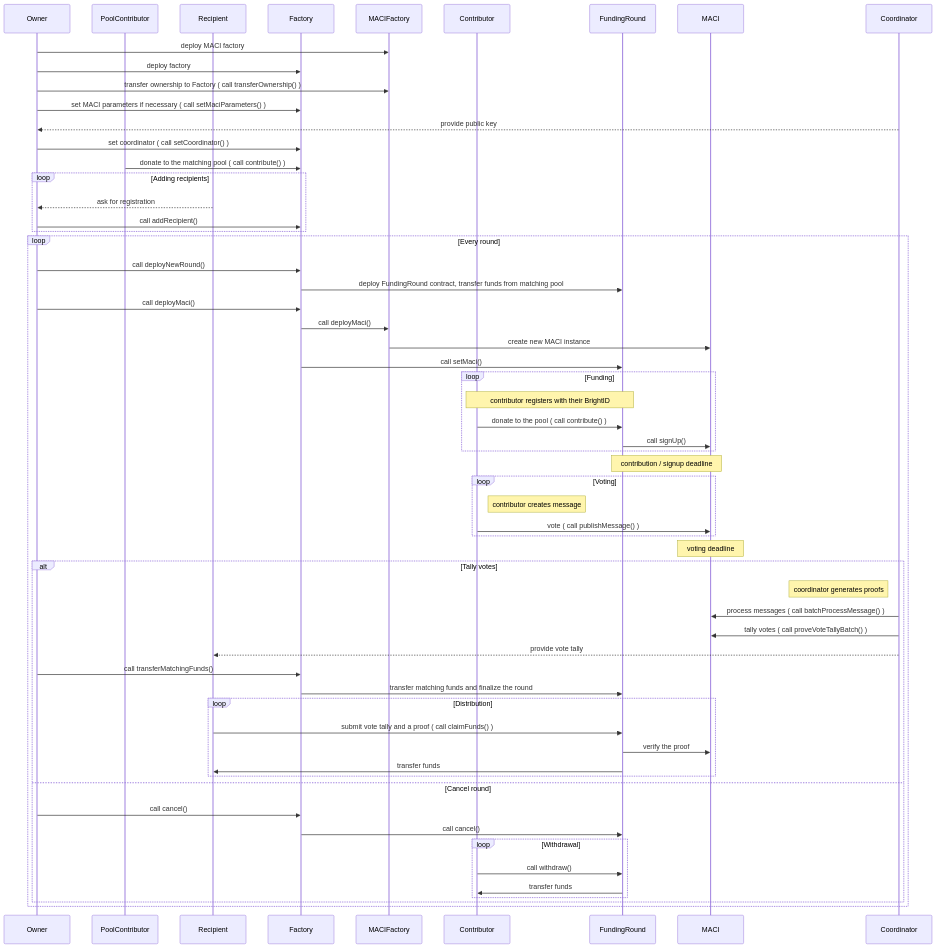
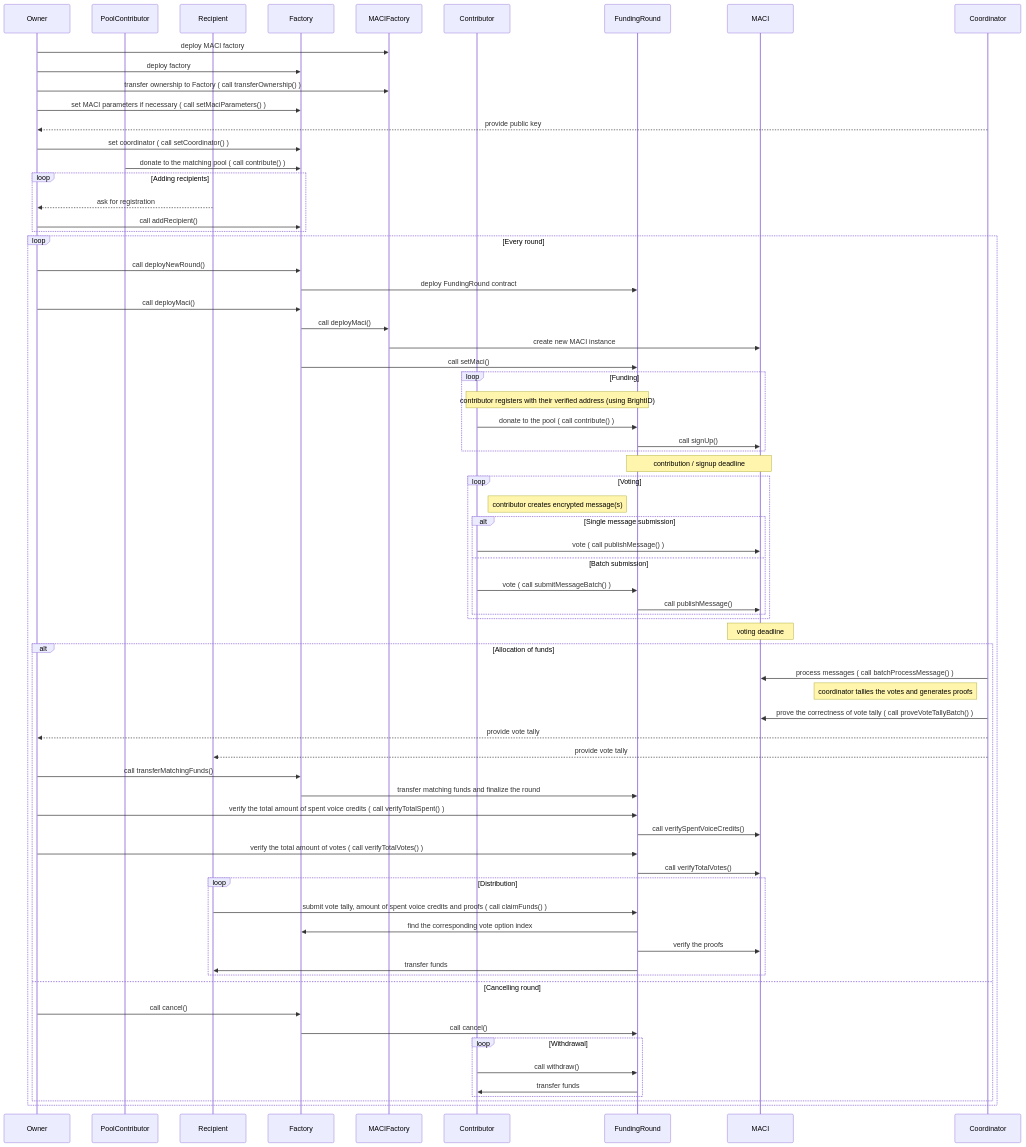
One commit to goldentechie/clrfund changed the diagram in docs/clrfund.mmd. Above: the diagram before and after it, drawn with Mermaid. The commit also changed 16 other files, not shown here.

```diff
--- a/docs/clrfund.mmd
+++ b/docs/clrfund.mmd
@@ -1,72 +1,83 @@
 %% To render this diagram, paste the code into the live editor https://mermaid-js.github.io/mermaid-live-editor/ or use Mermaid CLI
 
 sequenceDiagram
     participant Owner
     participant PoolContributor
     participant Recipient
     participant Factory
     participant MACIFactory
     participant Contributor
     participant FundingRound
     participant MACI
     participant Coordinator
     
     Owner ->> MACIFactory: deploy MACI factory
     Owner ->> Factory: deploy factory
     Owner ->> MACIFactory: transfer ownership to Factory ( call transferOwnership() )
     Owner ->> Factory: set MACI parameters if necessary ( call setMaciParameters() )
     Coordinator -->> Owner: provide public key
     Owner ->> Factory: set coordinator ( call setCoordinator() )
     PoolContributor ->> Factory: donate to the matching pool ( call contribute() )
 
     loop Adding recipients
         Recipient -->> Owner: ask for registration
         Owner ->> Factory: call addRecipient()
     end
     
     loop Every round
         Owner ->> Factory: call deployNewRound()
-        Factory ->> FundingRound: deploy FundingRound contract, transfer funds from matching pool
+        Factory ->> FundingRound: deploy FundingRound contract
         Owner ->> Factory: call deployMaci()
         Factory ->> MACIFactory: call deployMaci()
         MACIFactory ->> MACI: create new MACI instance
         Factory ->> FundingRound: call setMaci()
         
         loop Funding
-            Note over Contributor, FundingRound: contributor registers with their BrightID
+            Note over Contributor, FundingRound: contributor registers with their verified address (using BrightID)
             Contributor ->> FundingRound: donate to the pool ( call contribute() )
             FundingRound ->> MACI: call signUp()
         end
         
         Note over FundingRound, MACI: contribution / signup deadline
         
         loop Voting
-            Note right of Contributor: contributor creates message
-            Contributor ->> MACI: vote ( call publishMessage() )
+            Note right of Contributor: contributor creates encrypted message(s)
+            alt Single message submission
+                Contributor ->> MACI: vote ( call publishMessage() )
+            else Batch submission
+                Contributor ->> FundingRound: vote ( call submitMessageBatch() )
+                FundingRound ->> MACI: call publishMessage()
+            end
         end
         
         Note over MACI: voting deadline
 
-        alt Tally votes
-            Note left of Coordinator: coordinator generates proofs
+        alt Allocation of funds
             Coordinator ->> MACI: process messages ( call batchProcessMessage() )
-            Coordinator ->> MACI: tally votes ( call proveVoteTallyBatch() )
+            Note left of Coordinator: coordinator tallies the votes and generates proofs
+            Coordinator ->> MACI: prove the correctness of vote tally ( call proveVoteTallyBatch() )
+            Coordinator -->> Owner: provide vote tally
             Coordinator -->> Recipient: provide vote tally
             Owner ->> Factory: call transferMatchingFunds()
             Factory ->> FundingRound: transfer matching funds and finalize the round
+            Owner ->> FundingRound: verify the total amount of spent voice credits ( call verifyTotalSpent() )
+            FundingRound ->> MACI: call verifySpentVoiceCredits()
+            Owner ->> FundingRound: verify the total amount of votes ( call verifyTotalVotes() )
+            FundingRound ->> MACI: call verifyTotalVotes()
 
             loop Distribution
-                Recipient ->> FundingRound: submit vote tally and a proof ( call claimFunds() )
-                FundingRound ->> MACI: verify the proof
+                Recipient ->> FundingRound: submit vote tally, amount of spent voice credits and proofs ( call claimFunds() )
+                FundingRound ->> Factory: find the corresponding vote option index
+                FundingRound ->> MACI: verify the proofs
                 FundingRound ->> Recipient: transfer funds
             end
-        else Cancel round
+        else Cancelling round
             Owner ->> Factory: call cancel()
             Factory ->> FundingRound: call cancel()
 
             loop Withdrawal
                 Contributor ->> FundingRound: call withdraw()
                 FundingRound ->> Contributor: transfer funds
             end
         end
     end
```
